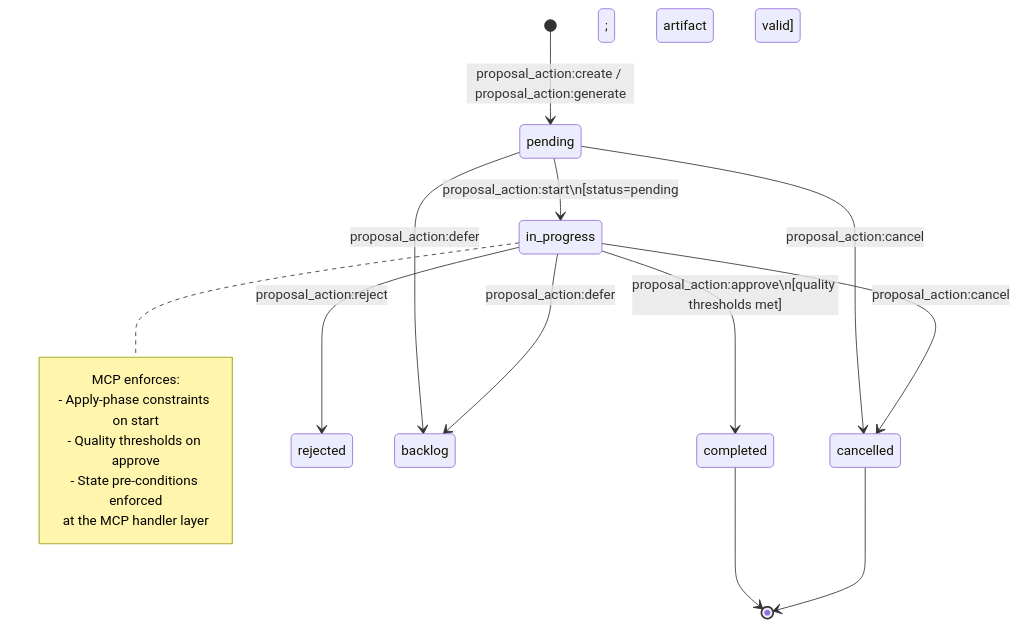
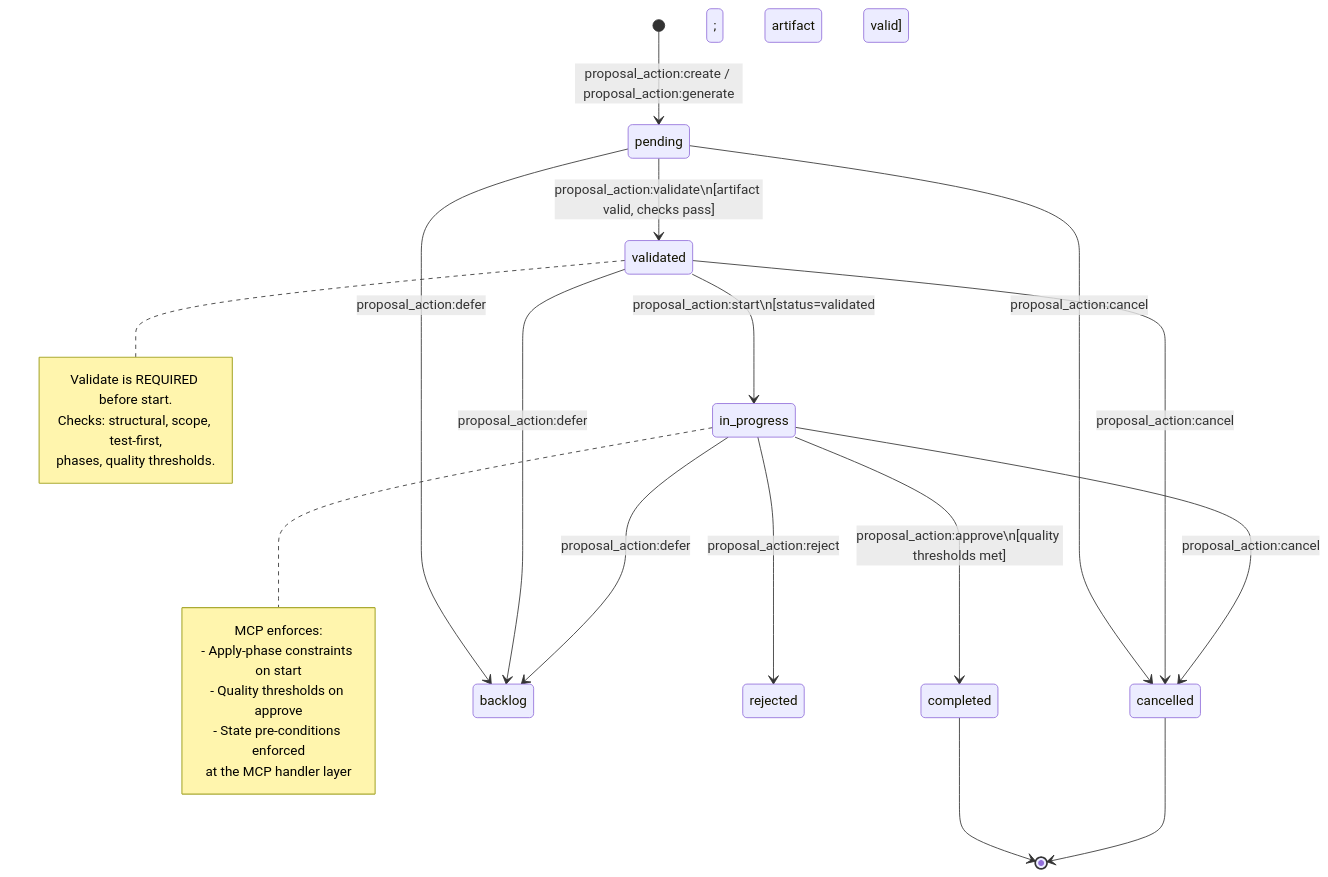
Before and after one commit to Duccci/Zenos-Planner: the second of 2 diagrams in zeno/architecture/mcp-workflows.md, drawn with Mermaid. The commit also changed other lines of this file and 44 other files, not shown here.

````diff
--- a/zeno/architecture/mcp-workflows.md
+++ b/zeno/architecture/mcp-workflows.md
@@ -69,21 +98,29 @@
 ```mermaid
 stateDiagram-v2
     [*] --> pending : proposal_action:create / proposal_action:generate
-    pending --> in_progress : proposal_action:start\n[status=pending; artifact valid]
+    pending --> validated : proposal_action:validate\n[artifact valid, checks pass]
+    pending --> cancelled : proposal_action:cancel
+    pending --> backlog : proposal_action:defer
+    validated --> in_progress : proposal_action:start\n[status=validated; artifact valid]
+    validated --> cancelled : proposal_action:cancel
+    validated --> backlog : proposal_action:defer
     in_progress --> completed : proposal_action:approve\n[quality thresholds met]
     in_progress --> rejected : proposal_action:reject
-    pending --> cancelled : proposal_action:cancel
     in_progress --> cancelled : proposal_action:cancel
-    pending --> backlog : proposal_action:defer
     in_progress --> backlog : proposal_action:defer
     completed --> [*]
     cancelled --> [*]
 
+    note right of validated
+        Validate is REQUIRED before start.
+        Checks: structural, scope, test-first,
+        phases, quality thresholds.
+    end note
     note right of in_progress
         MCP enforces:
         - Apply-phase constraints on start
         - Quality thresholds on approve
         - State pre-conditions enforced
           at the MCP handler layer
     end note
 ```
````
